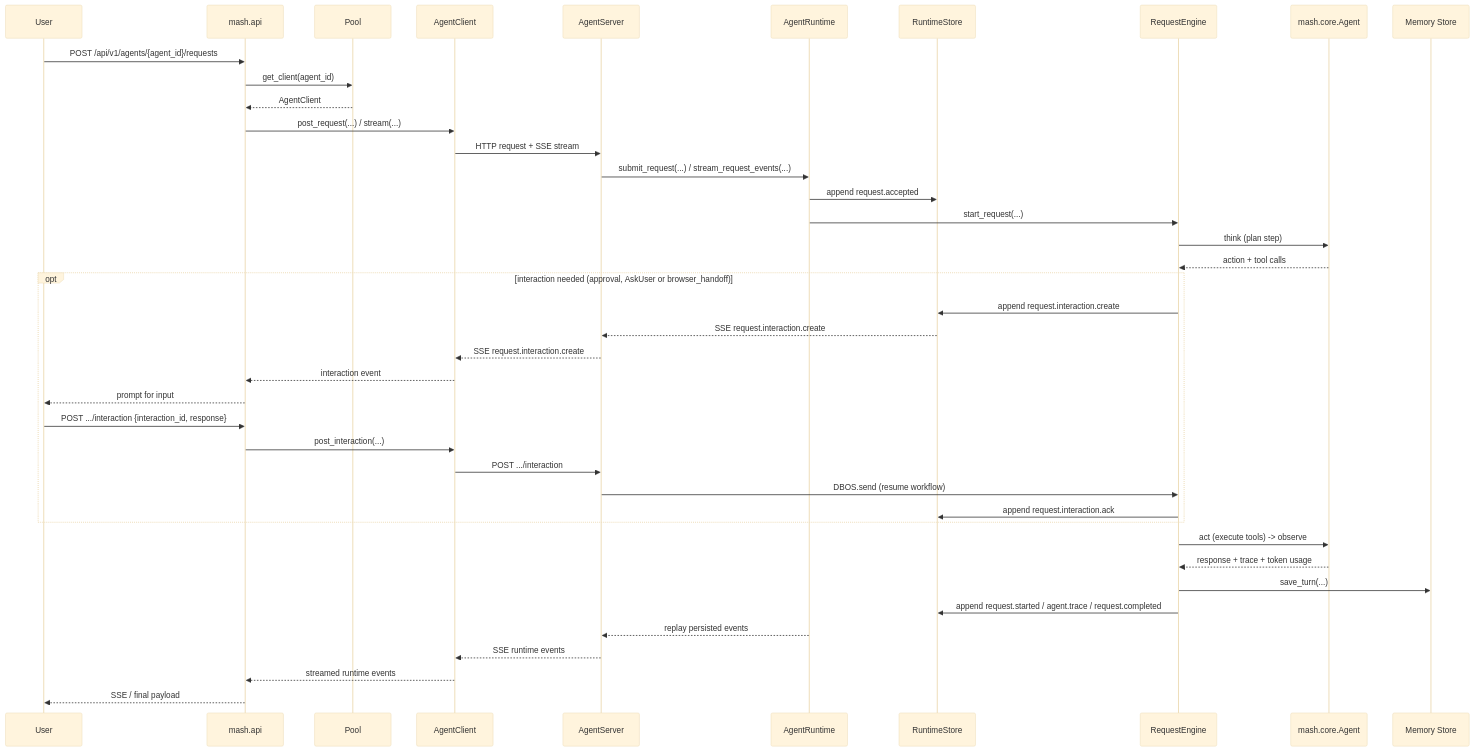
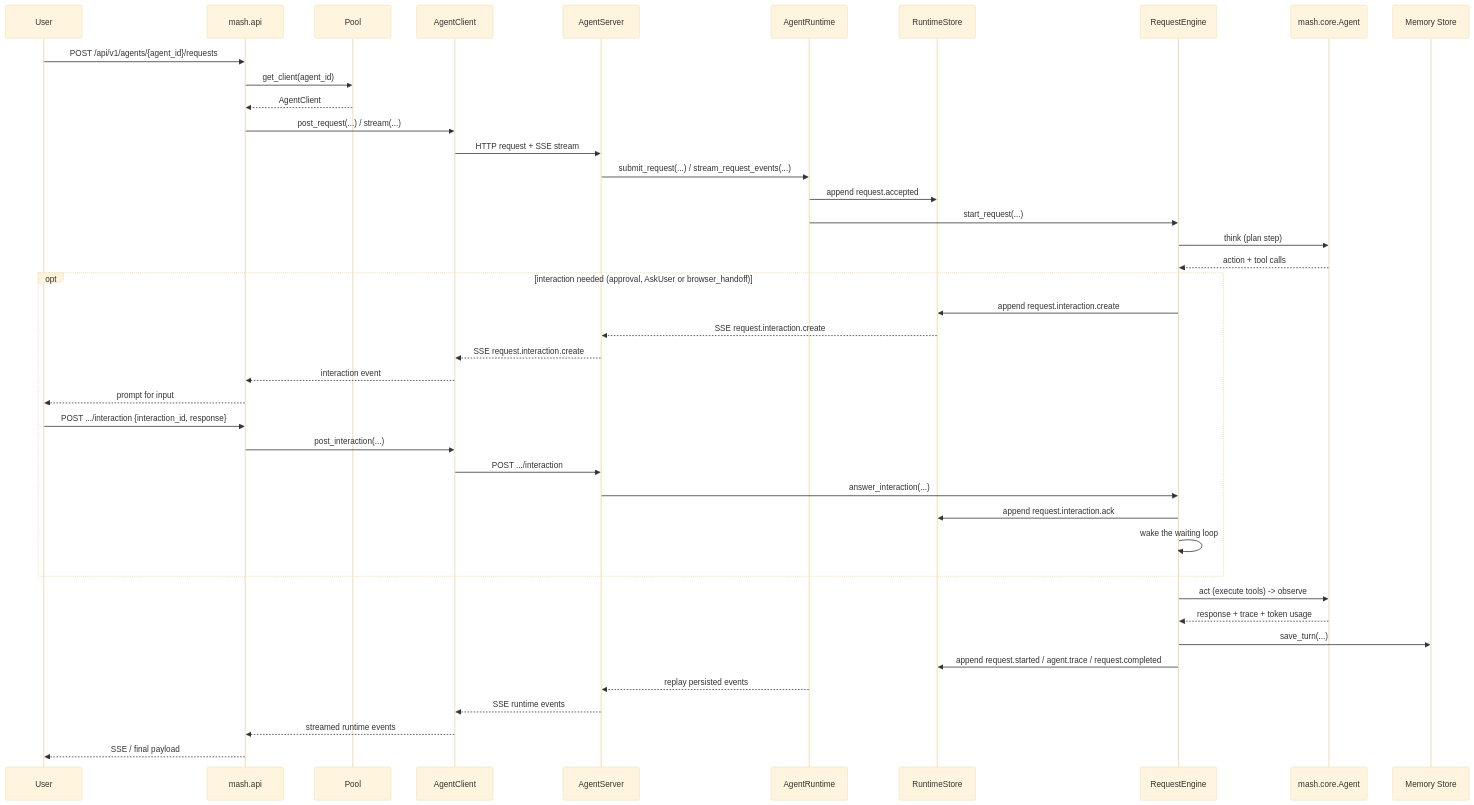
The diagram in src/mash/runtime/README.md (imsid/mashpy), drawn with Mermaid (base theme) before and after one commit. The commit also changed other lines of this file and 92 other files, not shown here.

First line of the commit message:
feat(runtime)!: run requests and workflow runs without DBOS (#258)

````diff
--- a/src/mash/runtime/README.md
+++ b/src/mash/runtime/README.md
@@ -81,46 +80,47 @@
 ```mermaid
 sequenceDiagram
     participant User
     participant API as mash.api
     participant Pool
     participant Client as AgentClient
     participant Server as AgentServer
     participant Runtime as AgentRuntime
     participant Events as RuntimeStore
     participant Engine as RequestEngine
     participant Agent as mash.core.Agent
     participant Memory as Memory Store
 
     User->>API: POST /api/v1/agents/{agent_id}/requests
     API->>Pool: get_client(agent_id)
     Pool-->>API: AgentClient
     API->>Client: post_request(...) / stream(...)
     Client->>Server: HTTP request + SSE stream
     Server->>Runtime: submit_request(...) / stream_request_events(...)
     Runtime->>Events: append request.accepted
     Runtime->>Engine: start_request(...)
     Engine->>Agent: think (plan step)
     Agent-->>Engine: action + tool calls
 
     opt interaction needed (approval, AskUser or browser_handoff)
         Engine->>Events: append request.interaction.create
         Events-->>Server: SSE request.interaction.create
         Server-->>Client: SSE request.interaction.create
         Client-->>API: interaction event
         API-->>User: prompt for input
         User->>API: POST .../interaction {interaction_id, response}
         API->>Client: post_interaction(...)
         Client->>Server: POST .../interaction
-        Server->>Engine: DBOS.send (resume workflow)
+        Server->>Engine: answer_interaction(...)
         Engine->>Events: append request.interaction.ack
+        Engine->>Engine: wake the waiting loop
     end
 
     Engine->>Agent: act (execute tools) -> observe
     Agent-->>Engine: response + trace + token usage
     Engine->>Memory: save_turn(...)
     Engine->>Events: append request.started / agent.trace / request.completed
     Runtime-->>Server: replay persisted events
     Server-->>Client: SSE runtime events
     Client-->>API: streamed runtime events
     API-->>User: SSE / final payload
 ```
````
